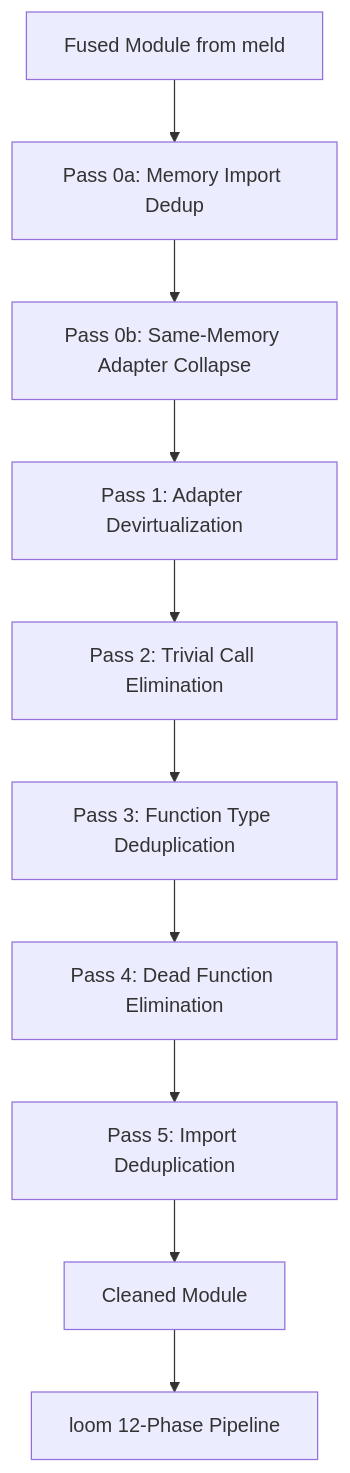
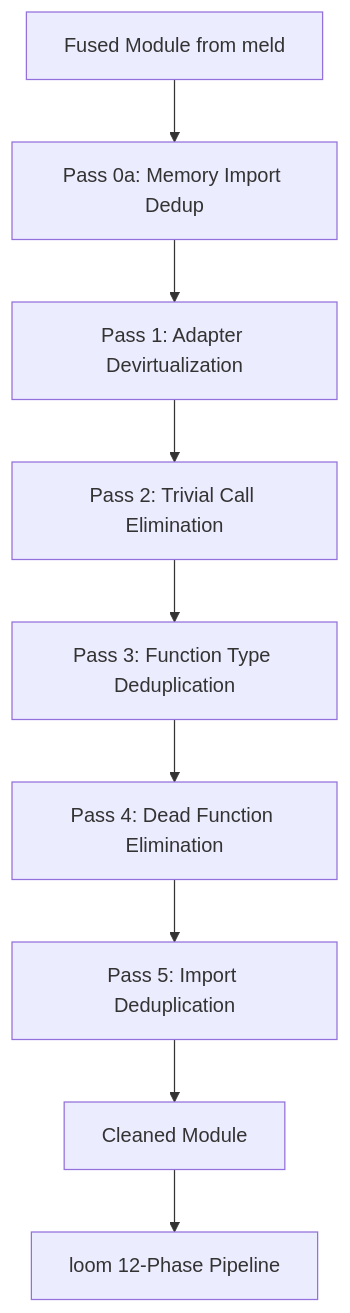
The fifth of 8 diagrams in docs/design/fused-component-optimization.md (pulseengine/loom), drawn with Mermaid before and after one commit. The commit also changed other lines of this file and 9 other files, not shown here.

````diff
--- a/docs/design/fused-component-optimization.md
+++ b/docs/design/fused-component-optimization.md
@@ -126,12 +126,11 @@
 ```mermaid
 flowchart TD
     Input[Fused Module from meld] --> P0a
-    P0a["Pass 0a: Memory Import Dedup"] --> P0b
-    P0b["Pass 0b: Same-Memory Adapter Collapse"] --> P1
+    P0a["Pass 0a: Memory Import Dedup"] --> P1
     P1["Pass 1: Adapter Devirtualization"] --> P2
     P2["Pass 2: Trivial Call Elimination"] --> P3
     P3["Pass 3: Function Type Deduplication"] --> P4
     P4["Pass 4: Dead Function Elimination"] --> P5
     P5["Pass 5: Import Deduplication"] --> Output
     Output[Cleaned Module] --> Standard["loom 12-Phase Pipeline"]
 ```
````
